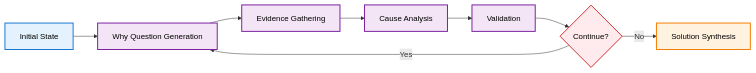
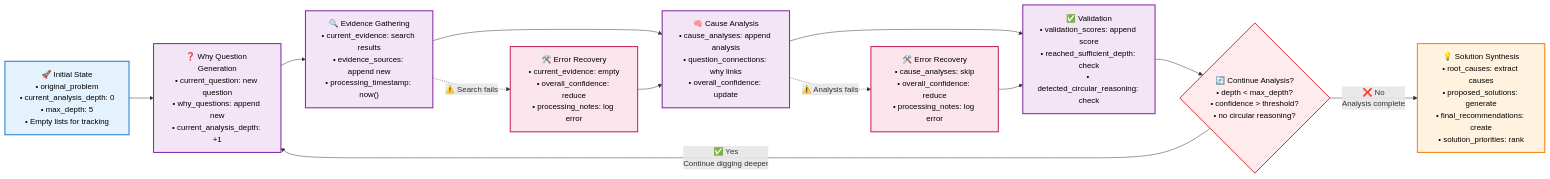
The diagram in 5_whys_blog_medium_part2.md (leucir/agent_design_thinking), drawn with Mermaid before and after one commit. The commit also changed other lines of this file and 3 other files, not shown here.

````diff
--- a/5_whys_blog_medium_part2.md
+++ b/5_whys_blog_medium_part2.md
@@ -290,21 +416,35 @@
 ```mermaid
 flowchart LR
-    A[Initial State] --> B[Why Question Generation]
-    B --> C[Evidence Gathering]
-    C --> D[Cause Analysis]
-    D --> E[Validation]
-    E --> F{Continue?}
-    F -->|Yes| B
-    F -->|No| G[Solution Synthesis]
+    A["🚀 Initial State<br/>• original_problem<br/>• current_analysis_depth: 0<br/>• max_depth: 5<br/>• Empty lists for tracking"] --> B["❓ Why Question Generation<br/>• current_question: new question<br/>• why_questions: append new<br/>• current_analysis_depth: +1"]
+    
+    B --> C["🔍 Evidence Gathering<br/>• current_evidence: search results<br/>• evidence_sources: append new<br/>• processing_timestamp: now()"]
+    
+    C --> D["🧠 Cause Analysis<br/>• cause_analyses: append analysis<br/>• question_connections: why links<br/>• overall_confidence: update"]
+    
+    D --> E["✅ Validation<br/>• validation_scores: append score<br/>• reached_sufficient_depth: check<br/>• detected_circular_reasoning: check"]
+    
+    E --> F{"🔄 Continue Analysis?<br/>• depth < max_depth?<br/>• confidence > threshold?<br/>• no circular reasoning?"}
+    
+    F -->|"✅ Yes<br/>Continue digging deeper"| B
+    F -->|"❌ No<br/>Analysis complete"| G["💡 Solution Synthesis<br/>• root_causes: extract causes<br/>• proposed_solutions: generate<br/>• final_recommendations: create<br/>• solution_priorities: rank"]
+    
+    %% Error handling paths
+    C -.->|"⚠️ Search fails"| H["🛠️ Error Recovery<br/>• current_evidence: empty<br/>• overall_confidence: reduce<br/>• processing_notes: log error"]
+    H --> D
+    
+    D -.->|"⚠️ Analysis fails"| I["🛠️ Error Recovery<br/>• cause_analyses: skip<br/>• overall_confidence: reduce<br/>• processing_notes: log error"]
+    I --> E
     
     %% Styling with consistent colors
     classDef inputNode fill:#e3f2fd,stroke:#1976d2,stroke-width:2px,color:#000
     classDef processNode fill:#f3e5f5,stroke:#7b1fa2,stroke-width:2px,color:#000
     classDef outputNode fill:#fff3e0,stroke:#f57c00,stroke-width:2px,color:#000
     classDef decisionNode fill:#ffebee,stroke:#d32f2f,stroke-width:2px,color:#000
+    classDef errorNode fill:#fce4ec,stroke:#c2185b,stroke-width:2px,color:#000
     
     class A inputNode
     class B,C,D,E processNode
     class G outputNode
     class F decisionNode
+    class H,I errorNode
 ```
````
